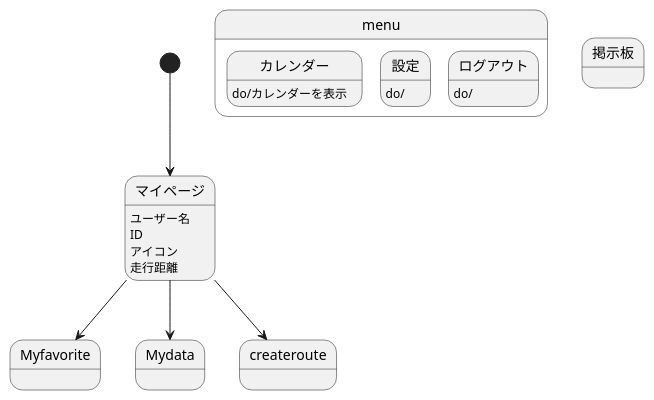
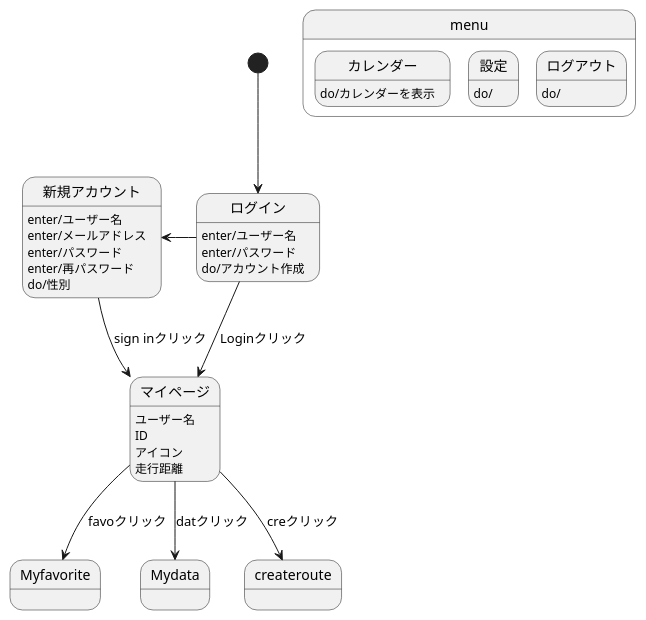
Before and after one commit to AsoSD3A3/CyclingSystem: the diagram in 画面遷移図/gmsi.md, drawn with PlantUML.

````diff
--- a/画面遷移図/gmsi.md
+++ b/画面遷移図/gmsi.md
@@ -1,26 +1,30 @@
 ```uml
 @startuml
-[*]-down->マイページ
+[*]-down->ログイン
+ログイン:enter/ユーザー名
+ログイン:enter/パスワード
+ログイン:do/アカウント作成
+ログイン-left->新規アカウント
+新規アカウント:enter/ユーザー名
+新規アカウント:enter/メールアドレス
+新規アカウント:enter/パスワード
+新規アカウント:enter/再パスワード
+新規アカウント:do/性別
+新規アカウント-down->マイページ :sign inクリック
+ログイン-down->マイページ : Loginクリック
 マイページ:ユーザー名
 マイページ:ID
 マイページ:アイコン
 マイページ:走行距離
-マイページ-->Myfavorite
-マイページ-->Mydata
-マイページ-->createroute
+マイページ-->Myfavorite :favoクリック
+マイページ-->Mydata :datクリック
+マイページ-->createroute :creクリック
 
 state menu{
 カレンダー:do/カレンダーを表示
 設定:do/
 ログアウト:do/
 }
-state 掲示板{
-
-}
-
-state 設定{
-
-}
 
 @enduml
 ```
````
